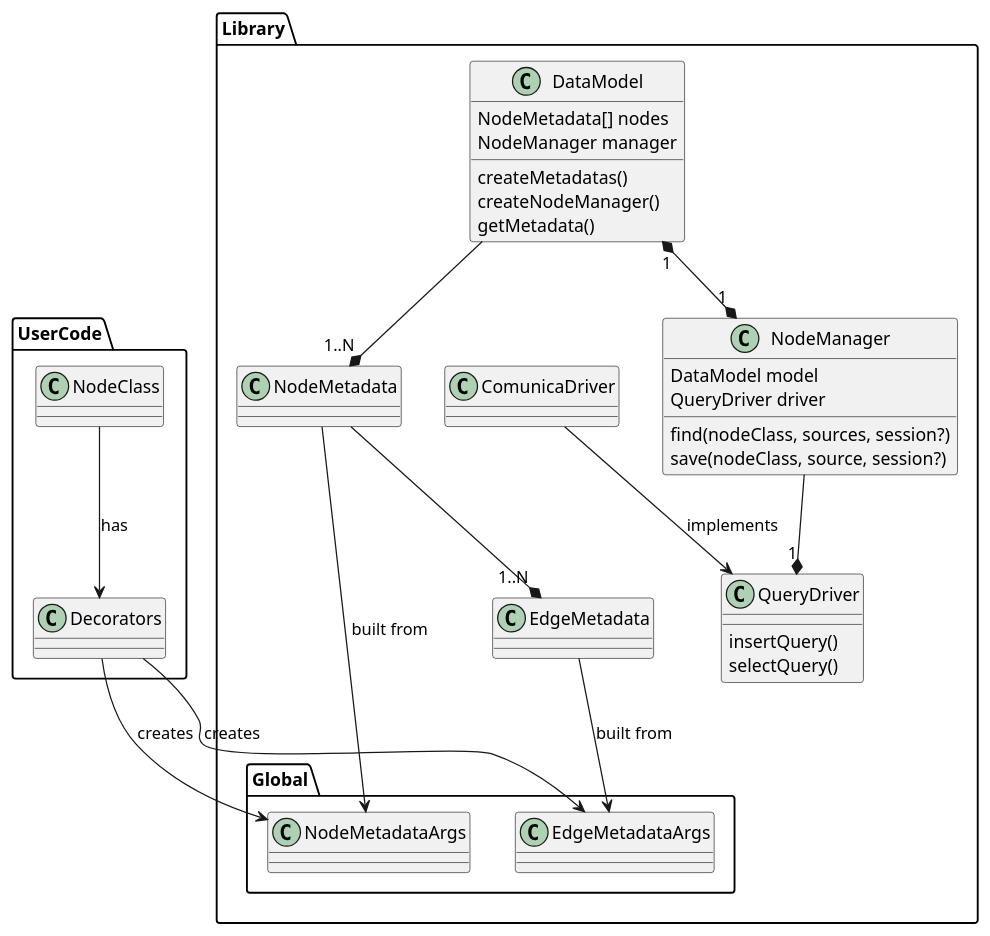
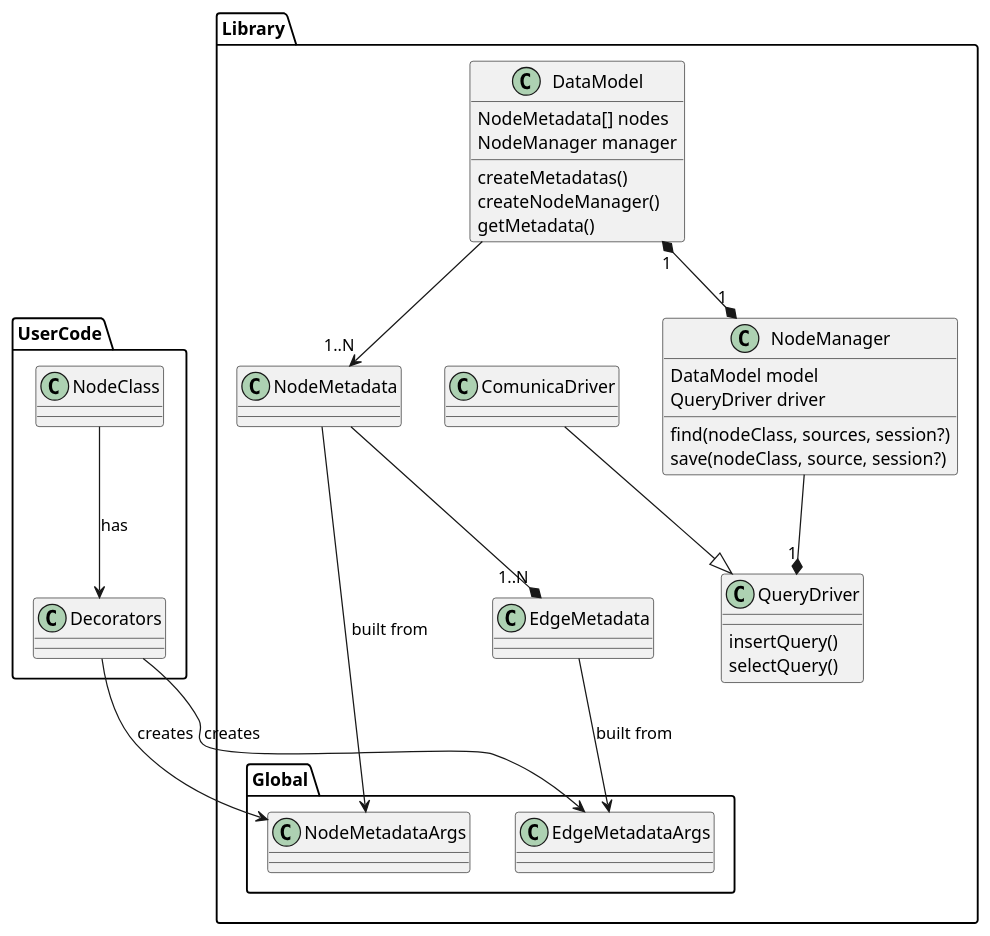
Before and after one commit to remodietlicher/graphorm: the diagram in doc/uml.puml, drawn with PlantUML. The commit also changed 20 other files, not shown here.

```diff
--- a/doc/uml.puml
+++ b/doc/uml.puml
@@ -1,52 +1,52 @@
 @startuml graphorm
 
 namespace Library {
 
     class QueryDriver {
         insertQuery()
         selectQuery()
     }
     class ComunicaDriver
 
     class DataModel {
         NodeMetadata[] nodes
         NodeManager manager
         createMetadatas()
         createNodeManager()
         getMetadata()
     }
     class NodeManager {
         DataModel model
         QueryDriver driver
         find(nodeClass, sources, session?)
         save(nodeClass, source, session?)
     }
     class NodeMetadata
     class EdgeMetadata
 
     namespace Global {
         class NodeMetadataArgs
         class EdgeMetadataArgs
     }
 }
 
 namespace UserCode {
     class Decorators
     class NodeClass
 }
 
-Library.ComunicaDriver --> Library.QueryDriver: implements
+Library.ComunicaDriver --|> Library.QueryDriver
 
-Library.DataModel --* "1..N" Library.NodeMetadata
+Library.DataModel --> "1..N" Library.NodeMetadata
 Library.DataModel "1" *--* "1" Library.NodeManager
 Library.NodeManager --* "1" Library.QueryDriver
 
 Library.NodeMetadata --> Library.Global.NodeMetadataArgs: built from
 Library.NodeMetadata --* "1..N" Library.EdgeMetadata
 
 Library.EdgeMetadata --> Library.Global.EdgeMetadataArgs: built from
 
 UserCode.NodeClass --> UserCode.Decorators: has
 UserCode.Decorators --> Library.Global.NodeMetadataArgs: creates
 UserCode.Decorators --> Library.Global.EdgeMetadataArgs: creates
 @enduml
```
